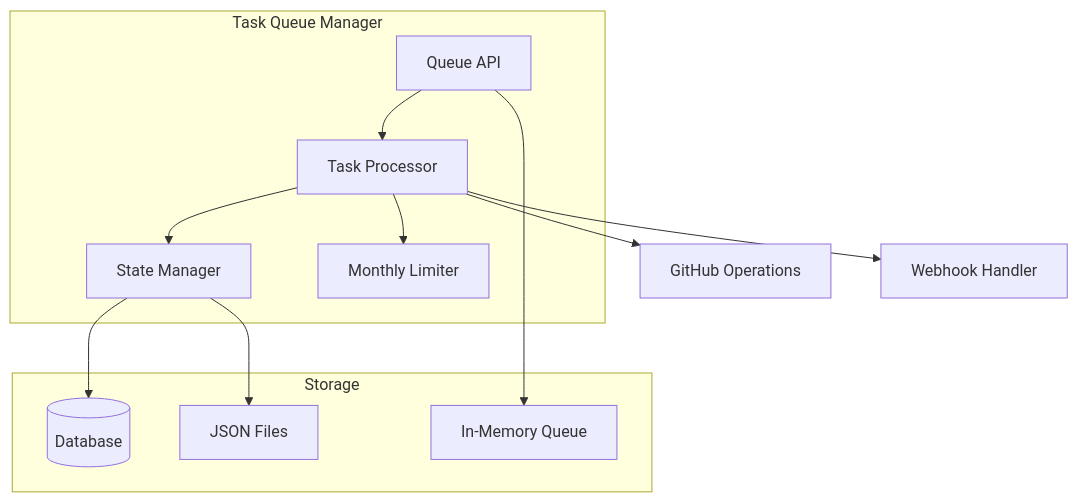
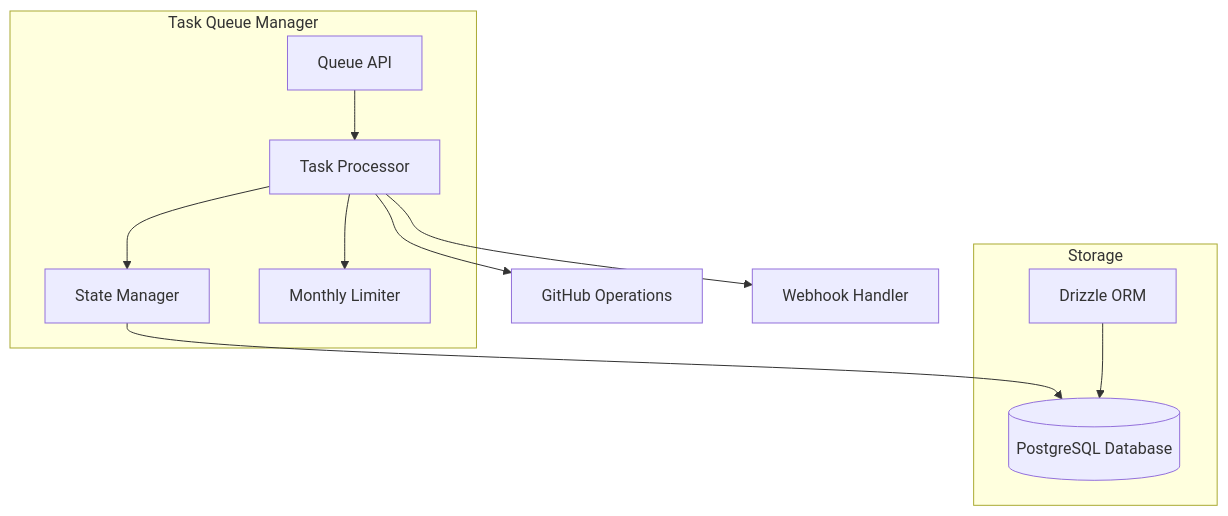
Before and after one commit to merlinbecker/githubHausmeister: the fifth of 13 diagrams in documentation/arc42.md, drawn with Mermaid. The commit also changed other lines of this file, not shown here.

Commit message:
Final arc42 update: Remove all outdated JSON file references, update deployment and limitations

````diff
--- a/documentation/arc42.md
+++ b/documentation/arc42.md
@@ -919,25 +918,23 @@
 ```mermaid
 graph TB
     subgraph "Task Queue Manager"
         QueueAPI[Queue API]
         Processor[Task Processor]
         State[State Manager]
         Limiter[Monthly Limiter]
     end
 
     subgraph "Storage"
-        DB[(Database)]
-        JSON[JSON Files]
-        Memory[In-Memory Queue]
+        DB[(PostgreSQL Database)]
+        ORM[Drizzle ORM]
     end
 
     QueueAPI --> Processor
     Processor --> State
     Processor --> Limiter
     State --> DB
-    State --> JSON
-    QueueAPI --> Memory
+    ORM --> DB
 
     Processor --> GitHubOps[GitHub Operations]
     Processor --> WebhookHandler[Webhook Handler]
 ```
````
